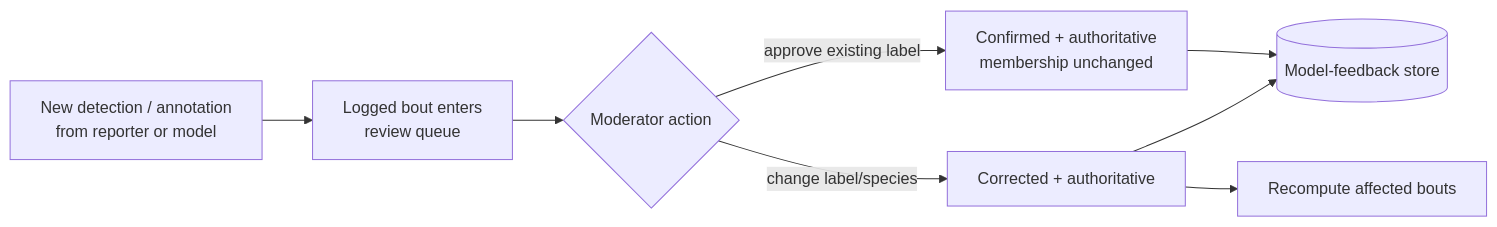
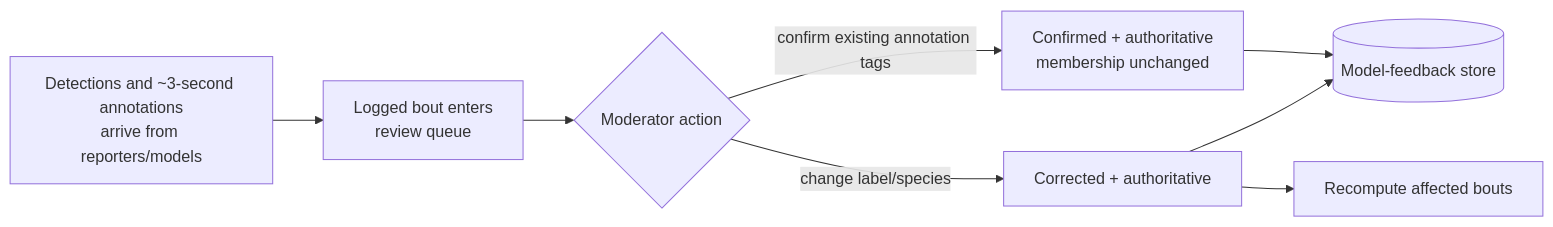
Before and after one commit to orcasound/orcahello: the first of 2 diagrams in ModeratorFrontEnd/specification/signal-moderation-ux-proposal.md, drawn with Mermaid. The commit also changed other lines of this file and 33 other files, not shown here.

````diff
--- a/ModeratorFrontEnd/specification/signal-moderation-ux-proposal.md
+++ b/ModeratorFrontEnd/specification/signal-moderation-ux-proposal.md
@@ -458,10 +503,10 @@
 ```mermaid
 flowchart LR
-  I[New detection / annotation<br/>from reporter or model] --> Q[Logged bout enters<br/>review queue]
+  I[Detections and ~3-second annotations<br/>arrive from reporters/models] --> Q[Logged bout enters<br/>review queue]
   Q --> R{Moderator action}
-  R -- approve existing label --> C[Confirmed + authoritative<br/>membership unchanged]
+  R -- confirm existing annotation tags --> C[Confirmed + authoritative<br/>membership unchanged]
   R -- change label/species --> K[Corrected + authoritative]
   C --> F[(Model-feedback store)]
   K --> B[Recompute affected bouts]
   K --> F
 ```
````
